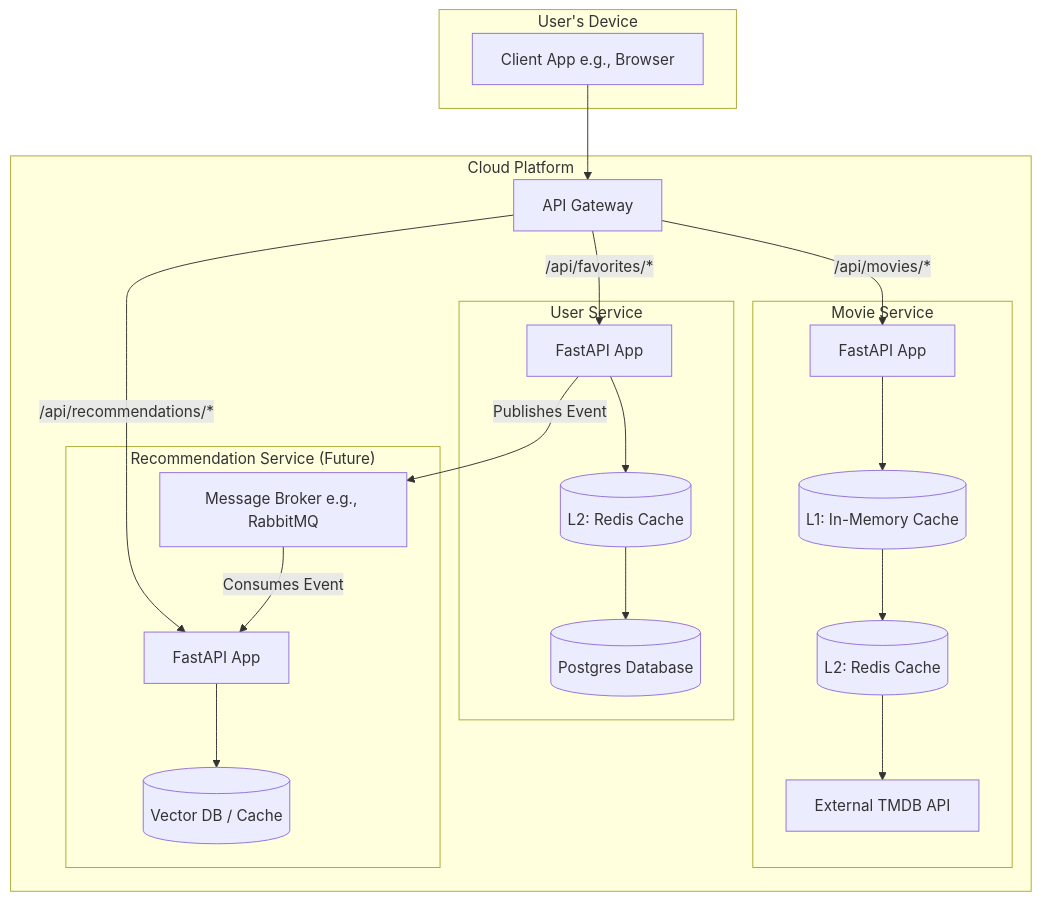
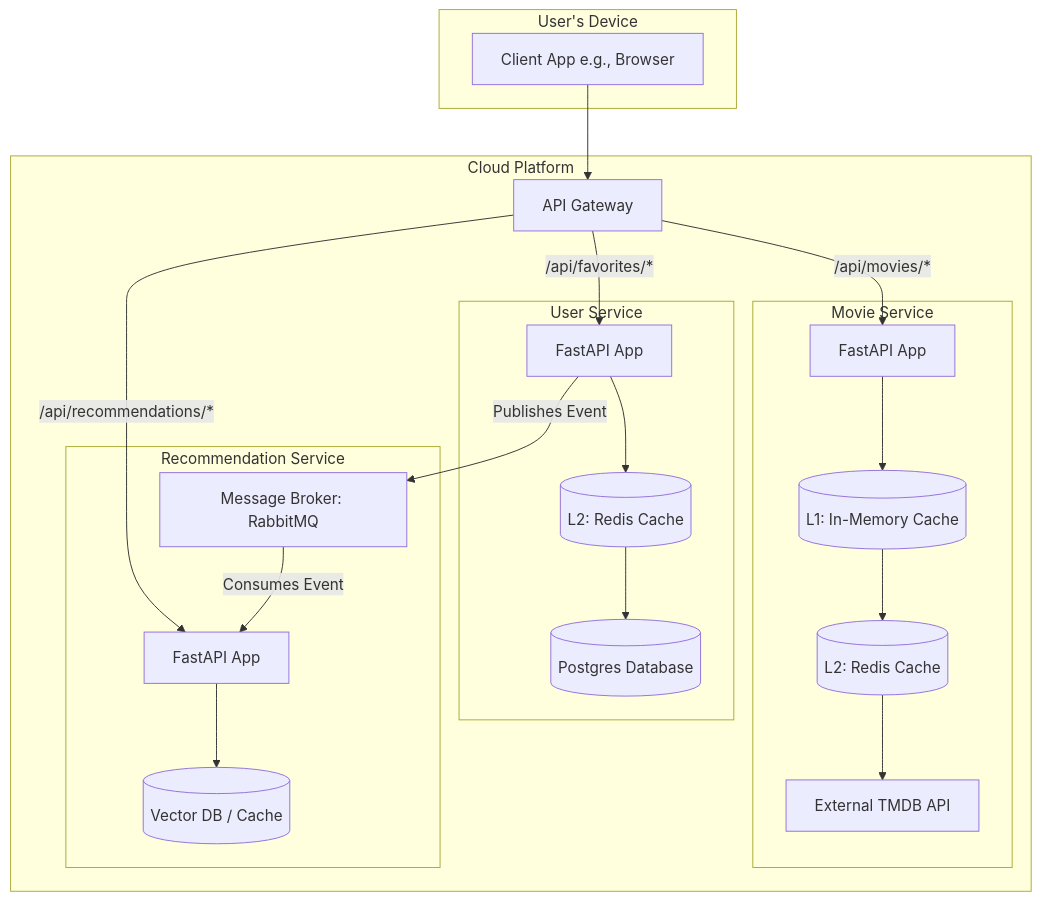
One commit to Diljit22/movie_api changed the diagram in docs/overview.md. Above: the diagram before and after it, drawn with Mermaid.

Commit message:
refactor: Initial project structure for microservices
Creates the foundational directory layout for the movie_service and user_service.

This commit establishes the physical separation of concerns by creating dedicated directories for each microservice. The existing monolithic code has been moved into the respective service directories as a starting point for further refinement and decoupling.

````diff
--- a/docs/overview.md
+++ b/docs/overview.md
@@ -3,41 +3,41 @@
 ```mermaid
 graph TD
     subgraph "User's Device"
         Client[Client App e.g., Browser]
     end
 
     subgraph "Cloud Platform"
         API_Gateway[API Gateway]
 
         subgraph "Movie Service"
             Movie_API[FastAPI App]
             L1_Cache_Movie[(L1: In-Memory Cache)]
             L2_Cache_Movie[(L2: Redis Cache)]
             TMDB_API[External TMDB API]
         end
 
         subgraph "User Service"
             User_API[FastAPI App]
             Postgres_DB[(Postgres Database)]
             L2_Cache_User[(L2: Redis Cache)]
         end
 
-        subgraph "Recommendation Service (Future)"
+        subgraph "Recommendation Service"
             Reco_API[FastAPI App]
-            Message_Broker[Message Broker e.g., RabbitMQ]
+            Message_Broker[Message Broker: RabbitMQ]
             Reco_DB[(Vector DB / Cache)]
         end
     end
 
     Client --> API_Gateway
     API_Gateway -->|/api/movies/*| Movie_API
     API_Gateway -->|/api/favorites/*| User_API
     API_Gateway -->|/api/recommendations/*| Reco_API
 
     Movie_API --> L1_Cache_Movie --> L2_Cache_Movie --> TMDB_API
     User_API --> L2_Cache_User --> Postgres_DB
 
     User_API -- Publishes Event --> Message_Broker
     Message_Broker -- Consumes Event --> Reco_API
     Reco_API --> Reco_DB
 ```
````
